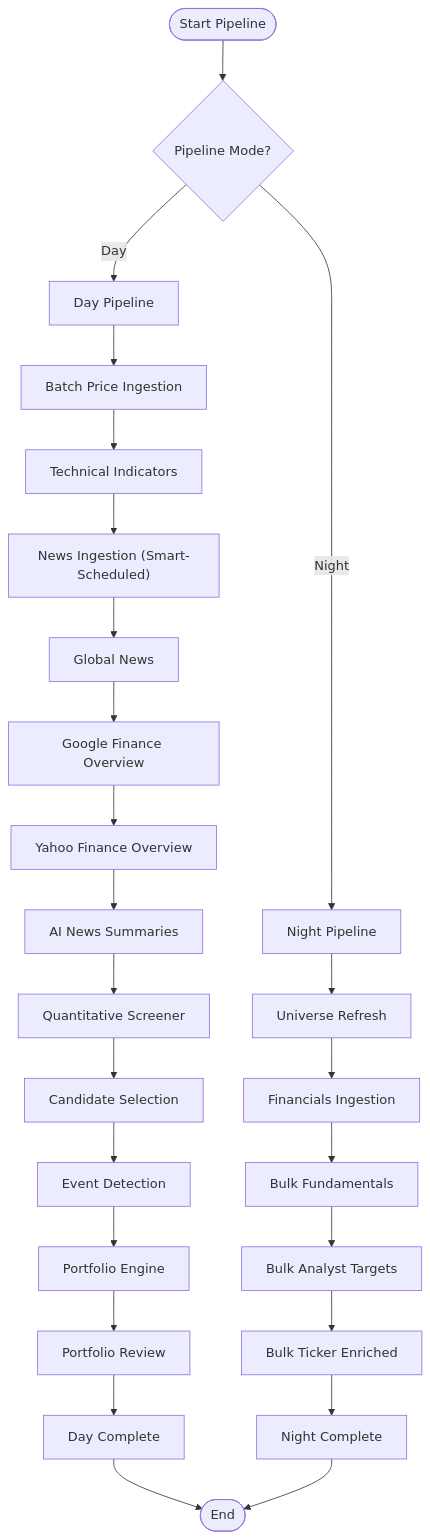
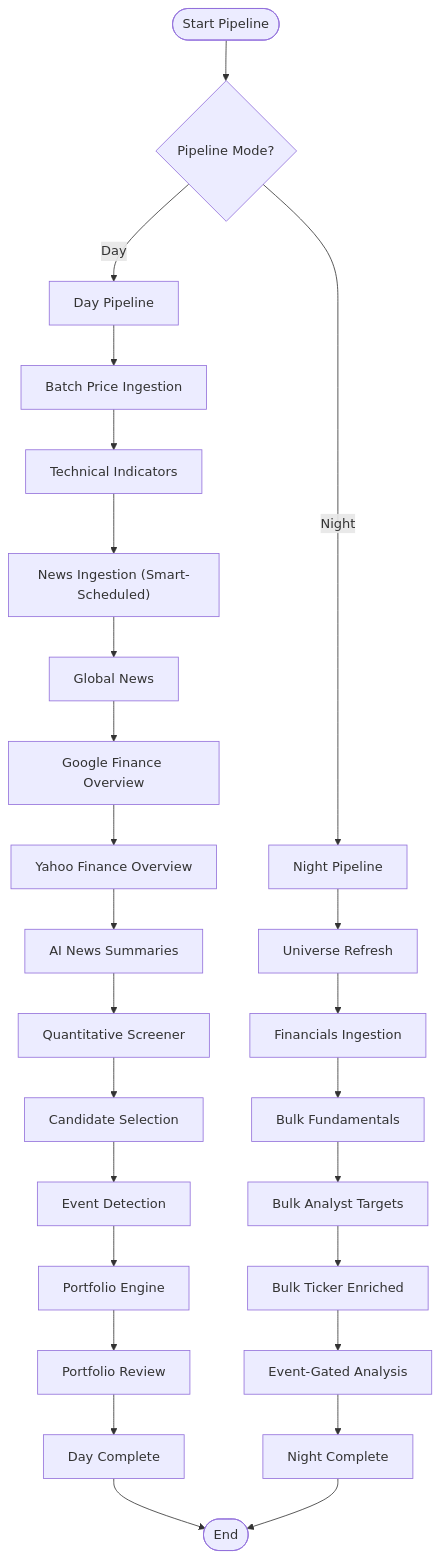
One commit to ZengSeng/telegram-bot changed the fourth of 21 diagrams in .qoder/repowiki/en/content/Core Components/Data Engineering Module/Data Engineering Module.md. Above: the diagram before and after it, drawn with Mermaid. The commit also changed other lines of this file and 22 other files, not shown here.

````diff
--- a/.qoder/repowiki/en/content/Core Components/Data Engineering Module/Data Engineering Module.md
+++ b/.qoder/repowiki/en/content/Core Components/Data Engineering Module/Data Engineering Module.md
@@ -355,27 +354,28 @@
 ```mermaid
 flowchart TD
 Start(["Start Pipeline"]) --> CheckMode{"Pipeline Mode?"}
 CheckMode --> |Day| DayPipeline["Day Pipeline"]
 CheckMode --> |Night| NightPipeline["Night Pipeline"]
 DayPipeline --> Prices["Batch Price Ingestion"]
 Prices --> Technicals["Technical Indicators"]
 Technicals --> News["News Ingestion (Smart-Scheduled)"]
 News --> GlobalNews["Global News"]
 GlobalNews --> GFinance["Google Finance Overview"]
 GFinance --> YFinance["Yahoo Finance Overview"]
 YFinance --> Summaries["AI News Summaries"]
 Summaries --> Screener["Quantitative Screener"]
 Screener --> Candidates["Candidate Selection"]
 Candidates --> Events["Event Detection"]
 Events --> Portfolio["Portfolio Engine"]
 Portfolio --> Review["Portfolio Review"]
 Review --> DayComplete["Day Complete"]
 NightPipeline --> Universe["Universe Refresh"]
 Universe --> Financials["Financials Ingestion"]
 Financials --> Fundamentals["Bulk Fundamentals"]
 Fundamentals --> Analyst["Bulk Analyst Targets"]
 Analyst --> Enriched["Bulk Ticker Enriched"]
-Enriched --> NightComplete["Night Complete"]
+Enriched --> NightAnalysis["Event-Gated Analysis"]
+NightAnalysis --> NightComplete["Night Complete"]
 DayComplete --> End(["End"])
 NightComplete --> End
 ```
````
